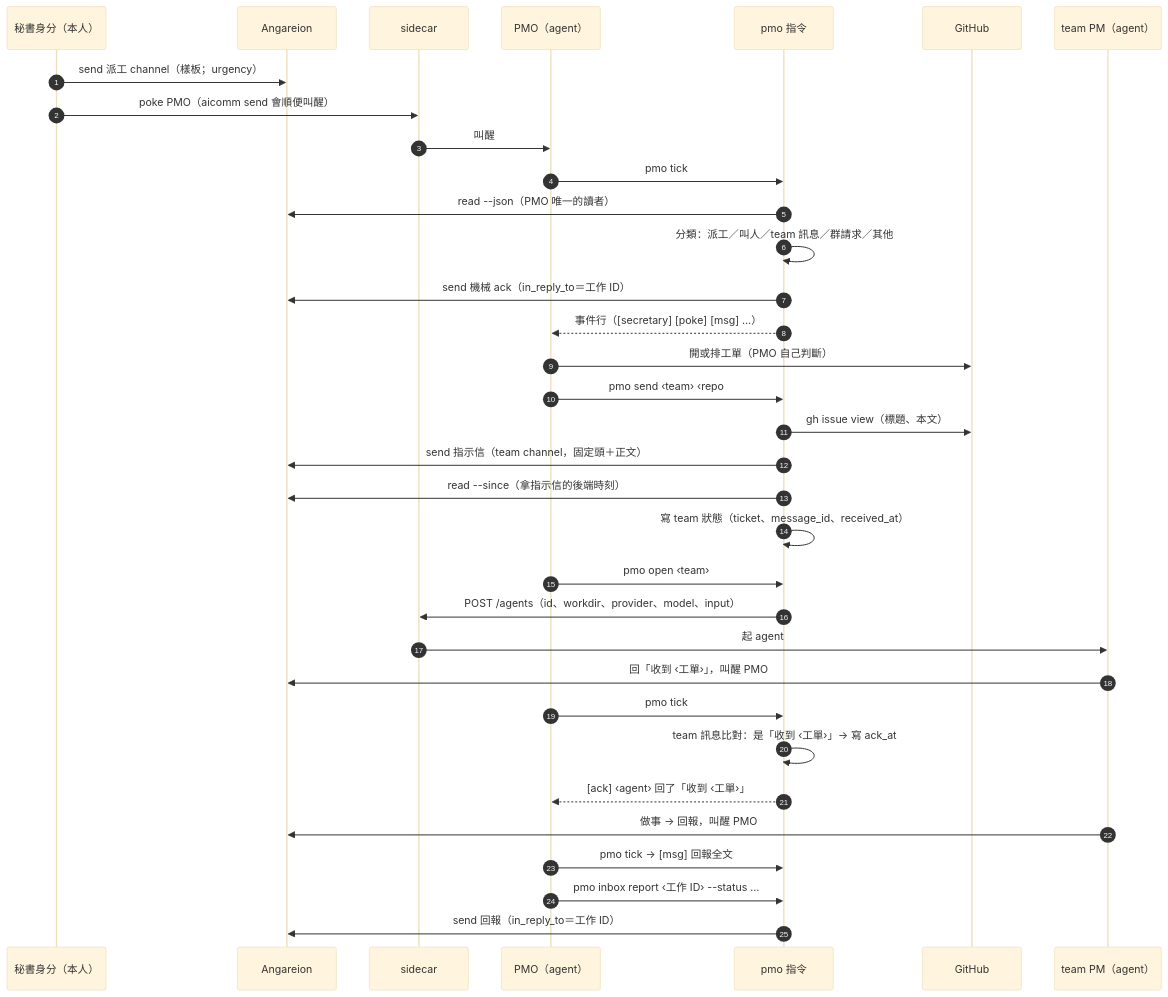
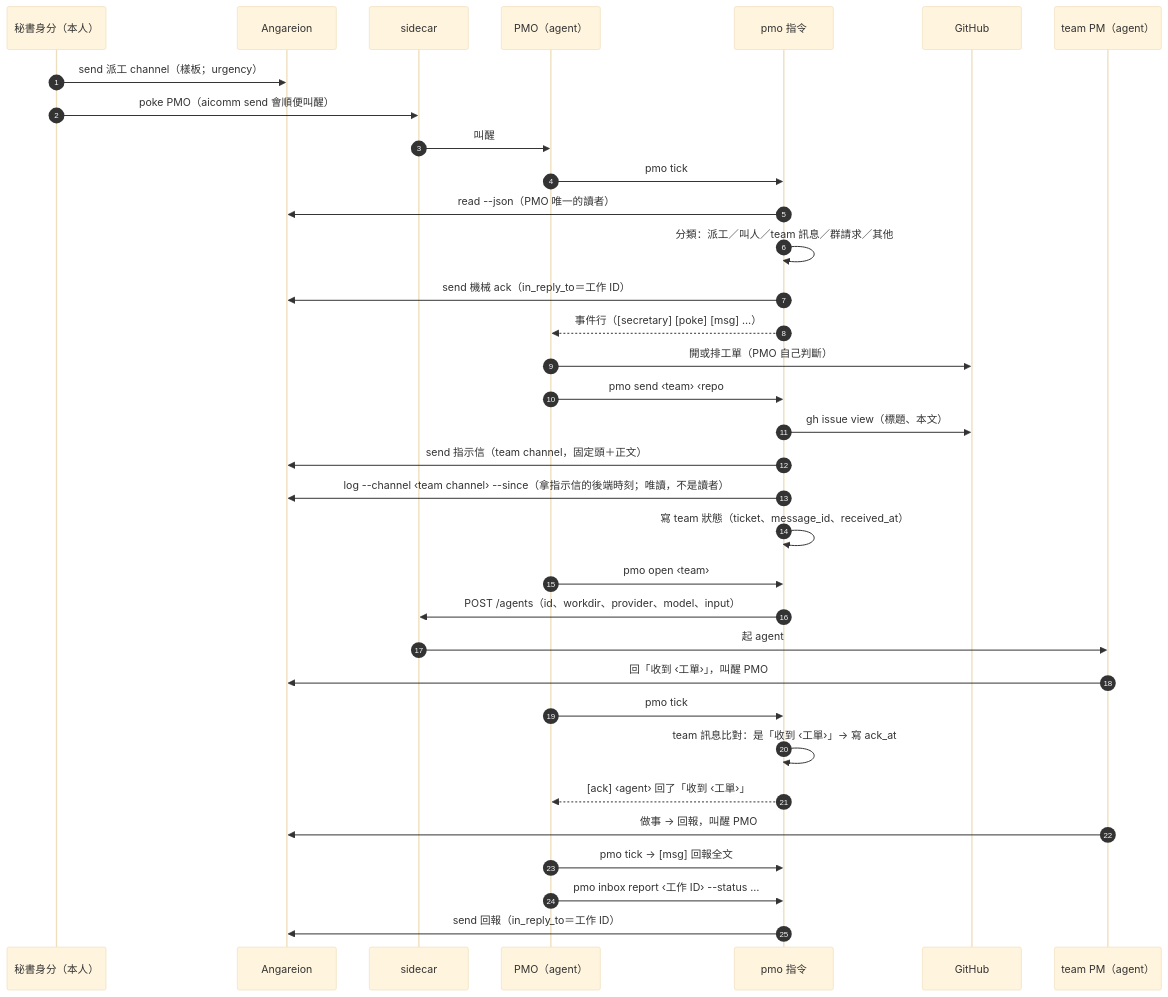
One commit to FATESAIKOU/MyAiStorage changed the second of 5 diagrams in docs/design-notes/110-pmo-skill.md. Above: the diagram before and after it, drawn with Mermaid (base theme). The commit also changed other lines of this file and 11 other files, not shown here.

First line of the commit message:
pmo: send/check follow the architect's rulings; log --channel, state lock, credential checks (#355)

````diff
--- a/docs/design-notes/110-pmo-skill.md
+++ b/docs/design-notes/110-pmo-skill.md
@@ -105,36 +105,36 @@
 ```mermaid
 sequenceDiagram
     autonumber
     participant S as 秘書身分（本人）
     participant A as Angareion
     participant SC as sidecar
     participant P as PMO（agent）
     participant K as pmo 指令
     participant G as GitHub
     participant M as team PM（agent）
     S->>A: send 派工 channel（樣板；urgency）
     S->>SC: poke PMO（aicomm send 會順便叫醒）
     SC->>P: 叫醒
     P->>K: pmo tick
     K->>A: read --json（PMO 唯一的讀者）
     K->>K: 分類：派工／叫人／team 訊息／群請求／其他
     K->>A: send 機械 ack（in_reply_to＝工作 ID）
     K-->>P: 事件行（[secretary] [poke] [msg] …）
     P->>G: 開或排工單（PMO 自己判斷）
     P->>K: pmo send ‹team› ‹repo#n› --body -
     K->>G: gh issue view（標題、本文）
     K->>A: send 指示信（team channel，固定頭＋正文）
-    K->>A: read --since（拿指示信的後端時刻）
+    K->>A: log --channel ‹team channel› --since（拿指示信的後端時刻；唯讀，不是讀者）
     K->>K: 寫 team 狀態（ticket、message_id、received_at）
     P->>K: pmo open ‹team›
     K->>SC: POST /agents（id、workdir、provider、model、input）
     SC->>M: 起 agent
     M->>A: 回「收到 ‹工單›」，叫醒 PMO
     P->>K: pmo tick
     K->>K: team 訊息比對：是「收到 ‹工單›」→ 寫 ack_at
     K-->>P: [ack] ‹agent› 回了「收到 ‹工單›」
     M->>A: 做事 → 回報，叫醒 PMO
     P->>K: pmo tick → [msg] 回報全文
     P->>K: pmo inbox report ‹工作 ID› --status …
     K->>A: send 回報（in_reply_to＝工作 ID）
 ```
````
